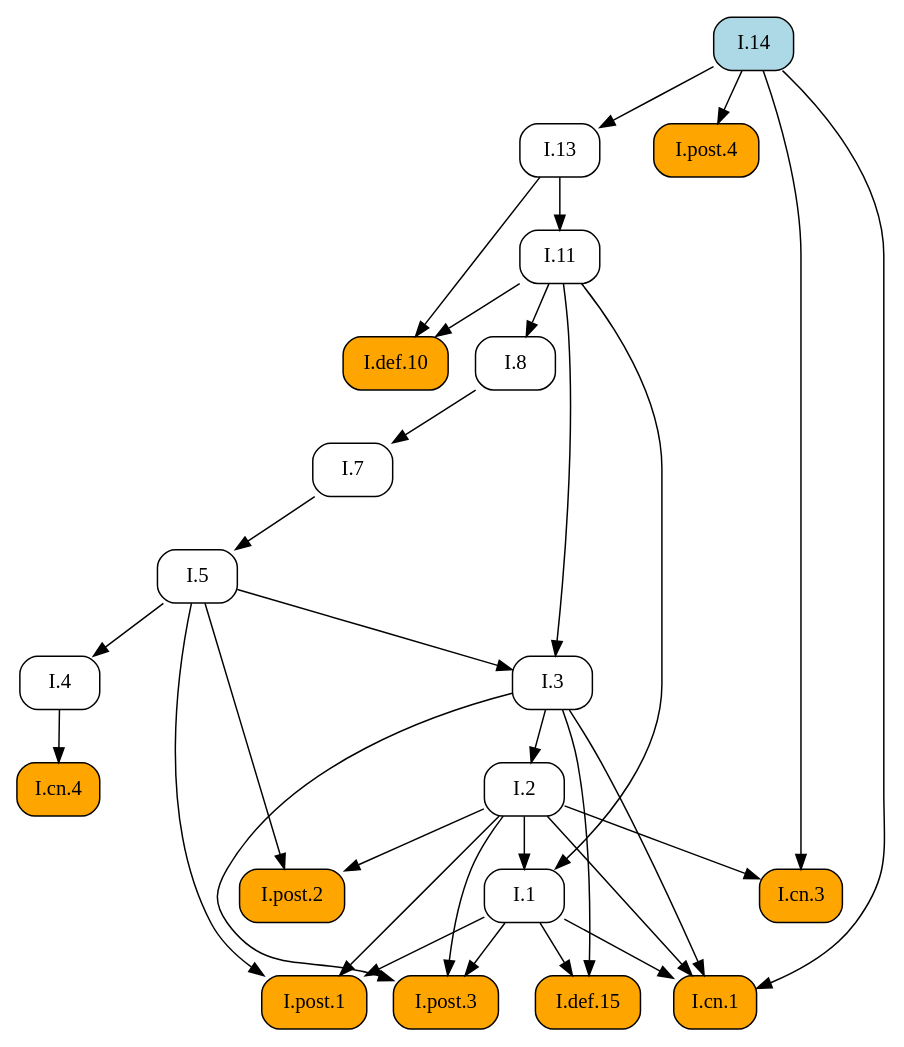
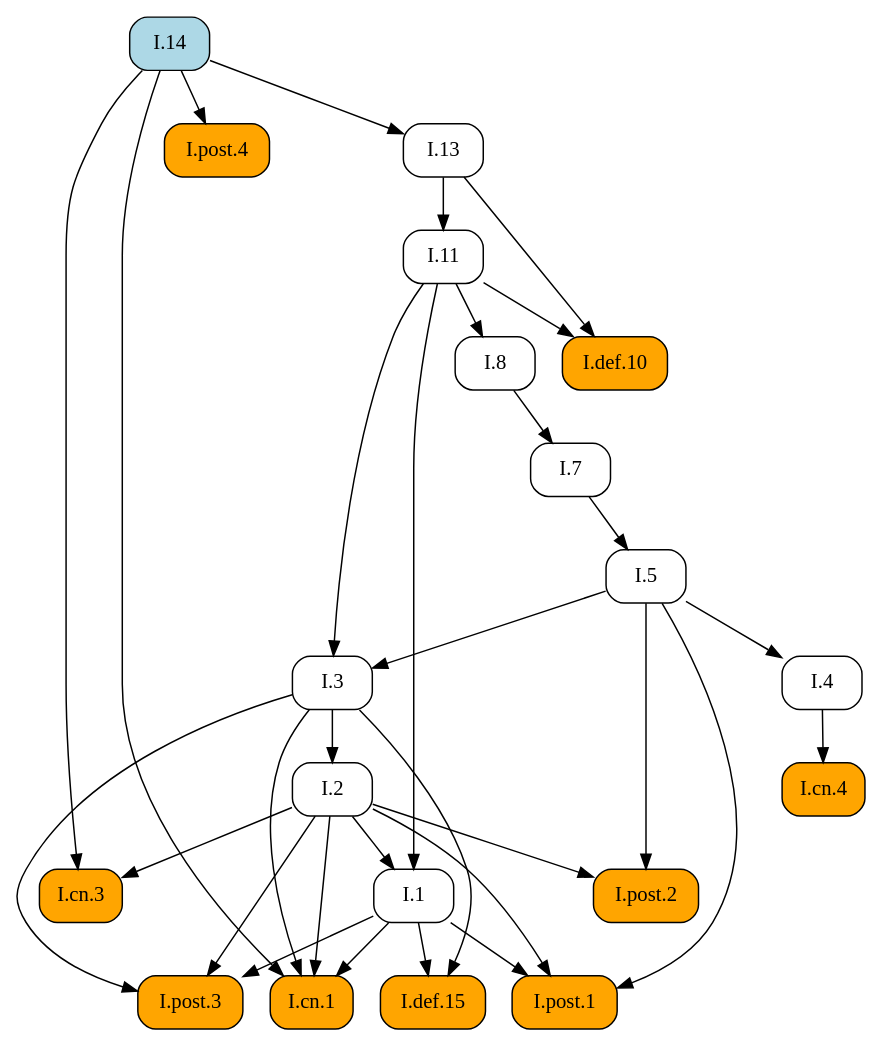
Before and after one commit to geometor/elements: the diagram in docsrc/elements2/I/14/index.rst, drawn with Graphviz. The commit also changed other lines of this file and 171 other files, not shown here.

```diff
--- a/docsrc/elements2/I/14/index.rst
+++ b/docsrc/elements2/I/14/index.rst
@@ -83,56 +83,56 @@
 .. graphviz::
 
    digraph {
      rankdir="TB";
      node [shape=box, style=rounded];
+     "I.8" [URL="/elements2/I/8/", target="_top"];
+     "I.cn.3" [style="rounded,filled", fillcolor=orange, URL="/elements2/I/cn.3/", target="_top"];
+     "I.1" [URL="/elements2/I/1/", target="_top"];
+     "I.cn.4" [style="rounded,filled", fillcolor=orange, URL="/elements2/I/cn.4/", target="_top"];
+     "I.7" [URL="/elements2/I/7/", target="_top"];
+     "I.post.1" [style="rounded,filled", fillcolor=orange, URL="/elements2/I/post.1/", target="_top"];
+     "I.14" [style="rounded,filled", fillcolor=lightblue, URL="/elements2/I/14/", target="_top"];
+     "I.5" [URL="/elements2/I/5/", target="_top"];
+     "I.cn.1" [style="rounded,filled", fillcolor=orange, URL="/elements2/I/cn.1/", target="_top"];
+     "I.post.4" [style="rounded,filled", fillcolor=orange, URL="/elements2/I/post.4/", target="_top"];
      "I.def.10" [style="rounded,filled", fillcolor=orange, URL="/elements2/I/def.10/", target="_top"];
-     "I.8" [URL="/elements2/I/8/", target="_top"];
+     "I.13" [URL="/elements2/I/13/", target="_top"];
      "I.2" [URL="/elements2/I/2/", target="_top"];
      "I.def.15" [style="rounded,filled", fillcolor=orange, URL="/elements2/I/def.15/", target="_top"];
-     "I.cn.4" [style="rounded,filled", fillcolor=orange, URL="/elements2/I/cn.4/", target="_top"];
+     "I.4" [URL="/elements2/I/4/", target="_top"];
+     "I.11" [URL="/elements2/I/11/", target="_top"];
+     "I.3" [URL="/elements2/I/3/", target="_top"];
+     "I.post.2" [style="rounded,filled", fillcolor=orange, URL="/elements2/I/post.2/", target="_top"];
      "I.post.3" [style="rounded,filled", fillcolor=orange, URL="/elements2/I/post.3/", target="_top"];
-     "I.1" [URL="/elements2/I/1/", target="_top"];
-     "I.post.2" [style="rounded,filled", fillcolor=orange, URL="/elements2/I/post.2/", target="_top"];
-     "I.13" [URL="/elements2/I/13/", target="_top"];
-     "I.post.4" [style="rounded,filled", fillcolor=orange, URL="/elements2/I/post.4/", target="_top"];
-     "I.post.1" [style="rounded,filled", fillcolor=orange, URL="/elements2/I/post.1/", target="_top"];
-     "I.cn.1" [style="rounded,filled", fillcolor=orange, URL="/elements2/I/cn.1/", target="_top"];
-     "I.7" [URL="/elements2/I/7/", target="_top"];
-     "I.3" [URL="/elements2/I/3/", target="_top"];
-     "I.cn.3" [style="rounded,filled", fillcolor=orange, URL="/elements2/I/cn.3/", target="_top"];
-     "I.14" [style="rounded,filled", fillcolor=lightblue, URL="/elements2/I/14/", target="_top"];
-     "I.11" [URL="/elements2/I/11/", target="_top"];
-     "I.5" [URL="/elements2/I/5/", target="_top"];
-     "I.4" [URL="/elements2/I/4/", target="_top"];
-     "I.11" -> "I.def.10";
-     "I.13" -> "I.def.10";
      "I.11" -> "I.8";
-     "I.3" -> "I.2";
-     "I.1" -> "I.def.15";
-     "I.3" -> "I.def.15";
-     "I.4" -> "I.cn.4";
-     "I.1" -> "I.post.3";
-     "I.2" -> "I.post.3";
-     "I.3" -> "I.post.3";
+     "I.2" -> "I.cn.3";
+     "I.14" -> "I.cn.3";
      "I.2" -> "I.1";
      "I.11" -> "I.1";
-     "I.2" -> "I.post.2";
-     "I.5" -> "I.post.2";
-     "I.14" -> "I.13";
-     "I.14" -> "I.post.4";
+     "I.4" -> "I.cn.4";
+     "I.8" -> "I.7";
      "I.1" -> "I.post.1";
      "I.2" -> "I.post.1";
      "I.5" -> "I.post.1";
+     "I.7" -> "I.5";
      "I.1" -> "I.cn.1";
      "I.2" -> "I.cn.1";
      "I.3" -> "I.cn.1";
      "I.14" -> "I.cn.1";
-     "I.8" -> "I.7";
+     "I.14" -> "I.post.4";
+     "I.11" -> "I.def.10";
+     "I.13" -> "I.def.10";
+     "I.14" -> "I.13";
+     "I.3" -> "I.2";
+     "I.1" -> "I.def.15";
+     "I.3" -> "I.def.15";
+     "I.5" -> "I.4";
+     "I.13" -> "I.11";
      "I.5" -> "I.3";
      "I.11" -> "I.3";
-     "I.2" -> "I.cn.3";
-     "I.14" -> "I.cn.3";
-     "I.13" -> "I.11";
-     "I.7" -> "I.5";
-     "I.5" -> "I.4";
+     "I.2" -> "I.post.2";
+     "I.5" -> "I.post.2";
+     "I.1" -> "I.post.3";
+     "I.2" -> "I.post.3";
+     "I.3" -> "I.post.3";
    }
```
